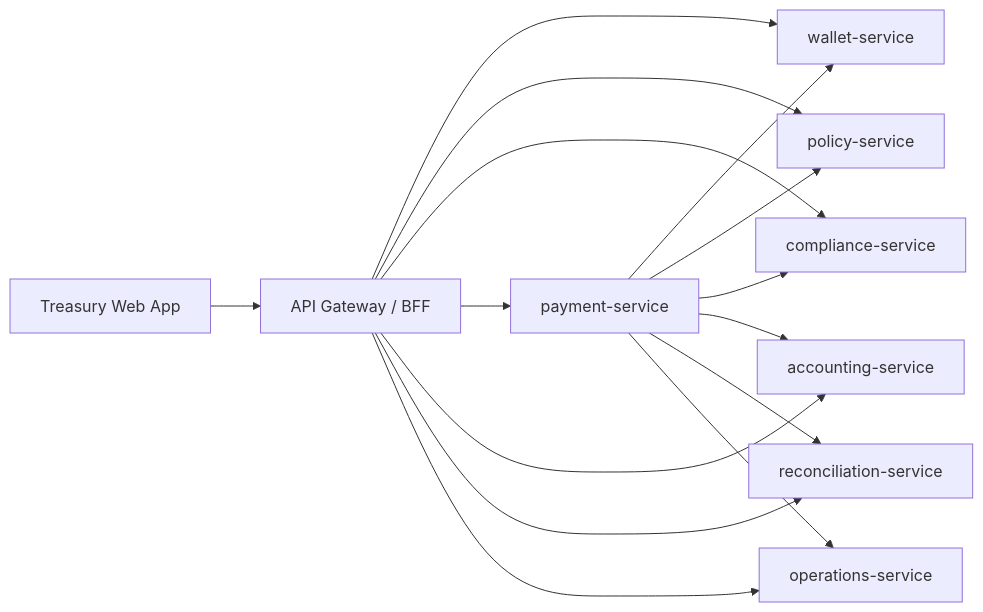
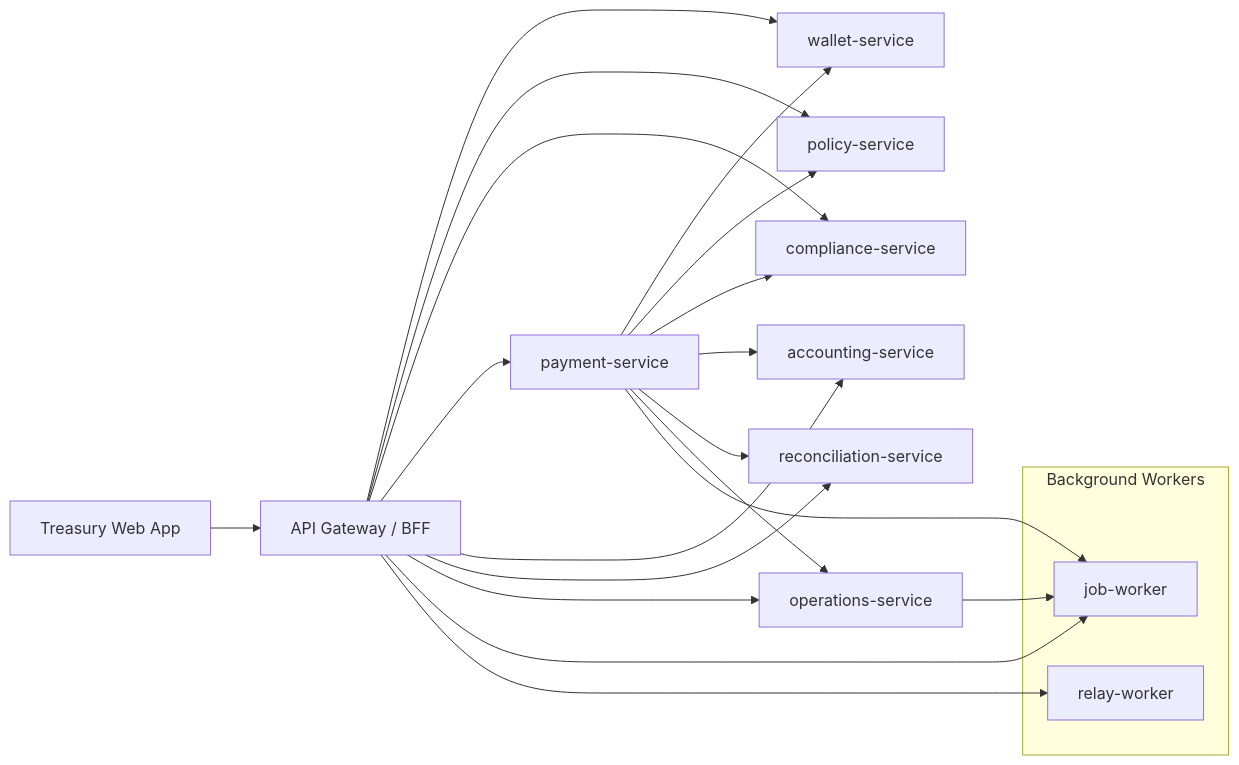
The diagram in docs/ARCHITECTURE.md (notabanker/stablecoin-treasury), drawn with Mermaid before and after one commit. The commit also changed other lines of this file and 13 other files, not shown here.

````diff
--- a/docs/ARCHITECTURE.md
+++ b/docs/ARCHITECTURE.md
@@ -7,17 +7,27 @@
 ```mermaid
 flowchart LR
   Web["Treasury Web App"] --> Gateway["API Gateway / BFF"]
   Gateway --> Wallet["wallet-service"]
   Gateway --> Policy["policy-service"]
   Gateway --> Compliance["compliance-service"]
   Gateway --> Payments["payment-service"]
   Gateway --> Accounting["accounting-service"]
   Gateway --> Recon["reconciliation-service"]
   Gateway --> Ops["operations-service"]
   Payments --> Wallet
   Payments --> Policy
   Payments --> Compliance
   Payments --> Accounting
   Payments --> Recon
   Payments --> Ops
+
+  subgraph Workers["Background Workers"]
+    JW["job-worker"]
+    RW["relay-worker"]
+  end
+
+  Payments --> JW
+  Gateway --> JW
+  Ops --> JW
+  Gateway --> RW
 ```
````
